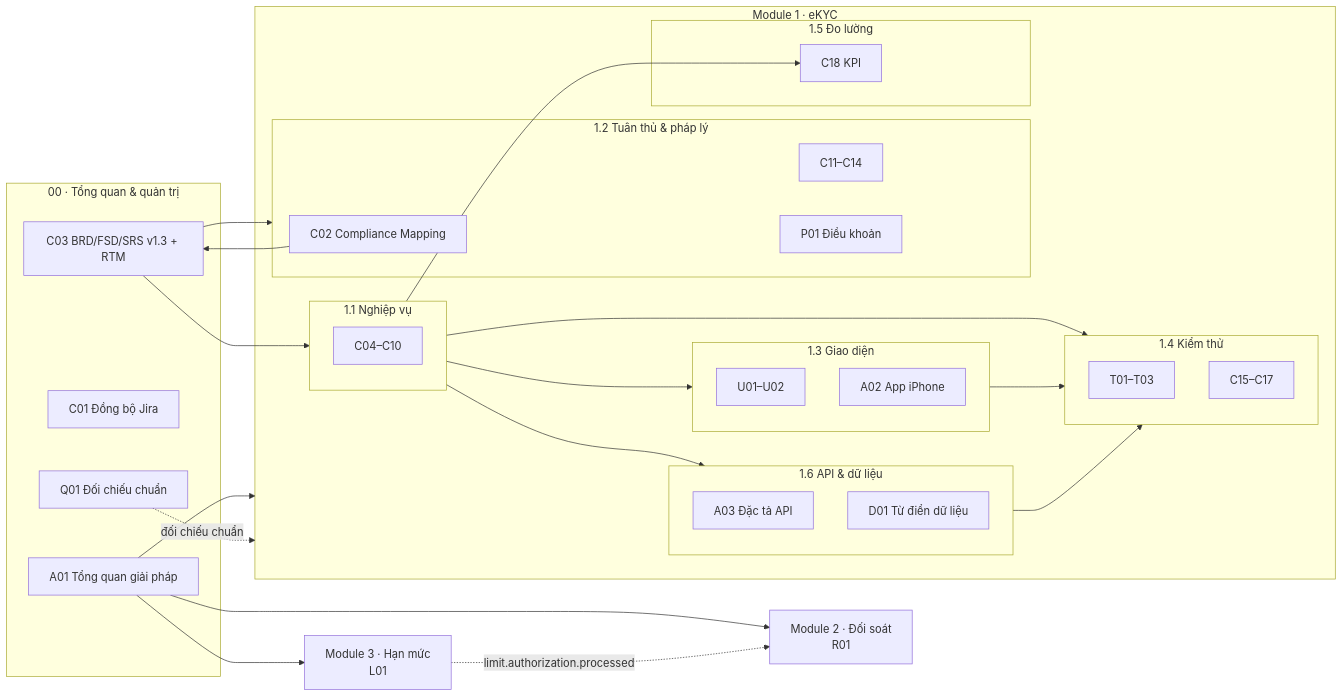
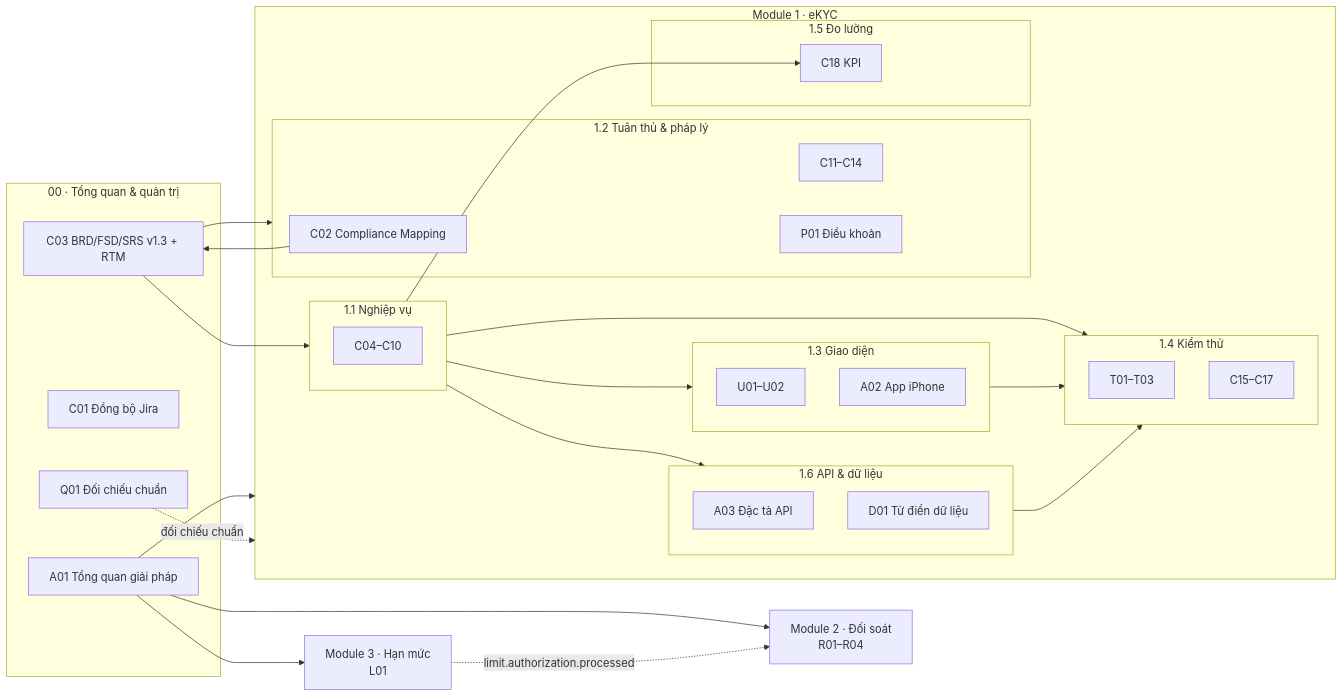
Before and after one commit to handao2303/aegis-ekyc-ui: the diagram in docs/README.md, drawn with Mermaid. The commit also changed other lines of this file and 16 other files, not shown here.

````diff
--- a/docs/README.md
+++ b/docs/README.md
@@ -30,51 +30,51 @@
 ```mermaid
 flowchart LR
     subgraph O["00 · Tổng quan & quản trị"]
         A01["A01 Tổng quan giải pháp"]
         C01["C01 Đồng bộ Jira"]
         C03["C03 BRD/FSD/SRS v1.3 + RTM"]
         Q01["Q01 Đối chiếu chuẩn"]
     end
     subgraph M1["Module 1 · eKYC"]
         subgraph B["1.1 Nghiệp vụ"]
             C0410["C04–C10"]
         end
         subgraph P["1.2 Tuân thủ & pháp lý"]
             C02["C02 Compliance Mapping"]
             C1114["C11–C14"]
             P01["P01 Điều khoản"]
         end
         subgraph U["1.3 Giao diện"]
             U0102["U01–U02"]
             A02["A02 App iPhone"]
         end
         subgraph T["1.4 Kiểm thử"]
             T0103["T01–T03"]
             C1517["C15–C17"]
         end
         subgraph K["1.5 Đo lường"]
             C18["C18 KPI"]
         end
         subgraph D["1.6 API & dữ liệu"]
             A03["A03 Đặc tả API"]
             D01["D01 Từ điển dữ liệu"]
         end
     end
-    R01["Module 2 · Đối soát<br/>R01"]
+    R01["Module 2 · Đối soát<br/>R01–R04"]
     L01["Module 3 · Hạn mức<br/>L01"]
     C02 --> C03
     C03 --> B
     C03 --> P
     B --> U
     P --> P01
     B --> T
     U --> T
     B --> C18
     B --> D
     D --> T
     A01 --> M1
     Q01 -. "đối chiếu chuẩn" .-> M1
     A01 --> R01
     A01 --> L01
     L01 -. "limit.authorization.processed" .-> R01
 ```
````
